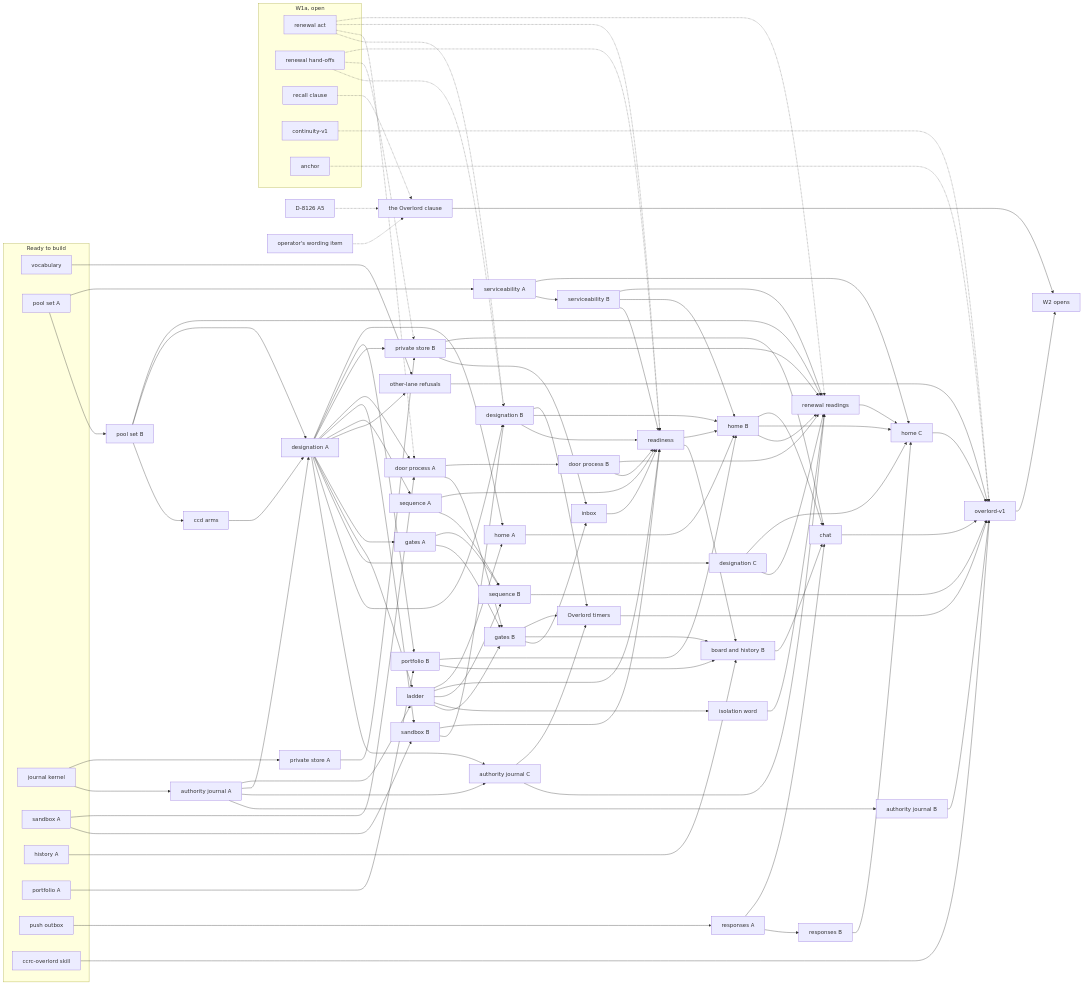
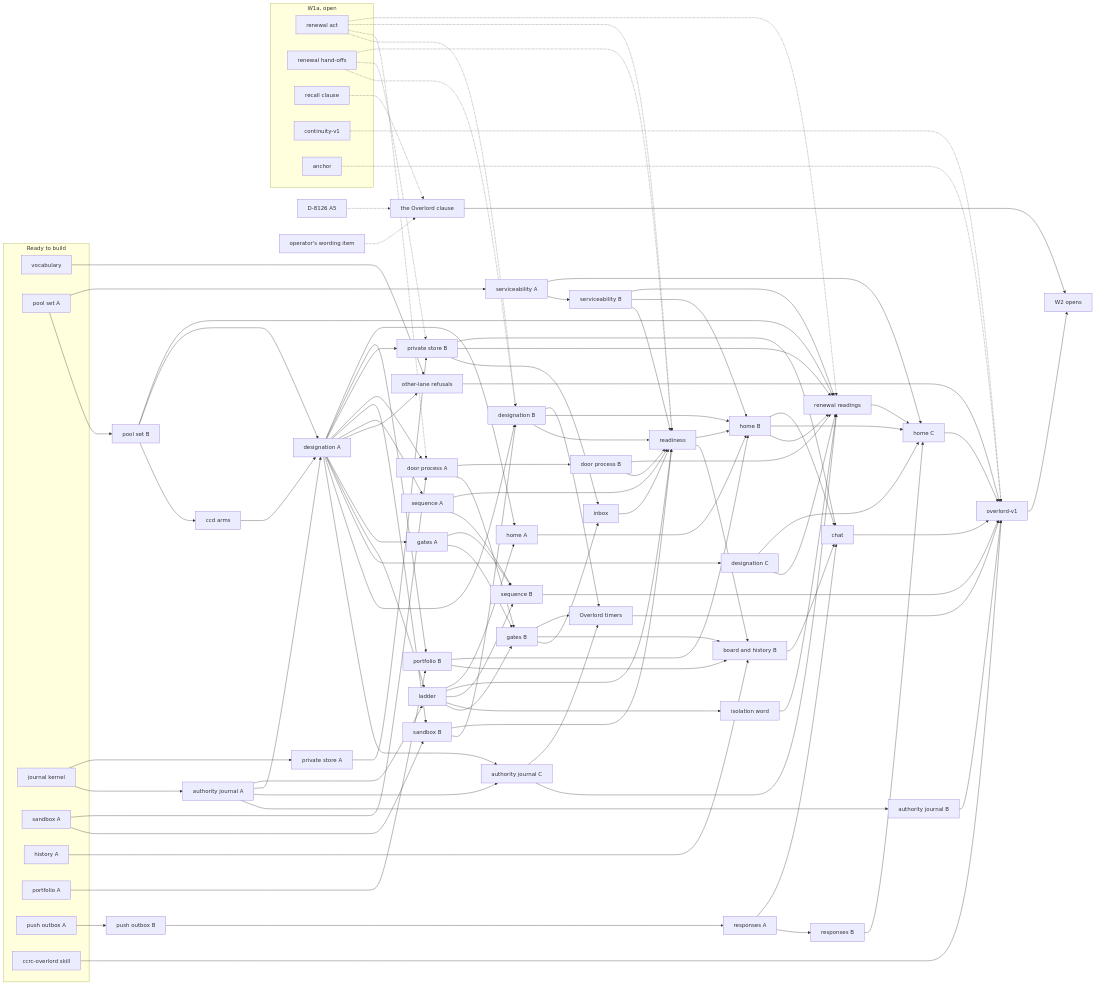
One commit to Synapsium-Labs/ccrc-pwa changed the diagram in docs/superpowers/plans/2026-11-14-overlord-w1.md. Above: the diagram before and after it, drawn with Mermaid. The commit also changed other lines of this file, not shown here.

First line of the commit message:
docs(plan): the W1 index: the push outbox in two PRs, with the per-send verdict

```diff
--- a/docs/superpowers/plans/2026-11-14-overlord-w1.md
+++ b/docs/superpowers/plans/2026-11-14-overlord-w1.md
@@ -445,7 +448,7 @@
     SA["sandbox A"]
     HA["history A"]
     PFA["portfolio A"]
-    PO["push outbox"]
+    PO["push outbox A"]
     SK["ccrc-overlord skill"]
   end
   subgraph W1a["W1a, open"]
@@ -507,7 +510,7 @@
   GB --> HB
   RD --> HB
   PFB --> HB
-  PO --> RSA["responses A"] --> RSB["responses B"]
+  PO --> POB["push outbox B"] --> RSA["responses A"] --> RSB["responses B"]
   DA --> HMA["home A"]
   LD --> HMA
   HMA --> HMB["home B"]
```
